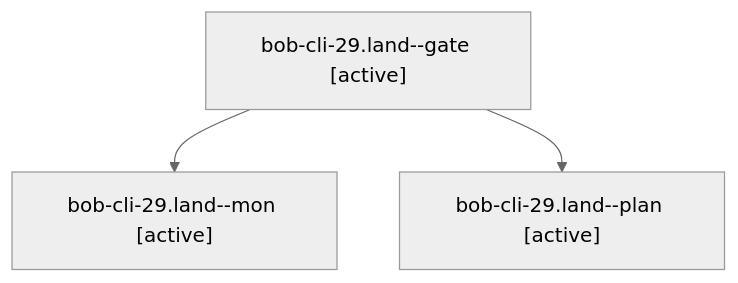
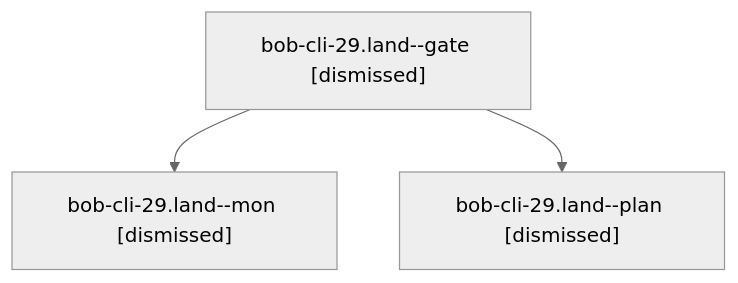
Before and after one commit to bobs-org/bob-cli--agents: the diagram in sessions/bbugyi200.apollo.bob-cli-29.land.md, drawn with Mermaid (neutral theme). The commit also changed other lines of this file and 83 other files, not shown here.

````diff
--- a/sessions/bbugyi200.apollo.bob-cli-29.land.md
+++ b/sessions/bbugyi200.apollo.bob-cli-29.land.md
@@ -9,8 +9,8 @@
 ```mermaid
 flowchart TD
-  n0["bob-cli-29.land--gate [active]"]
-  n1["bob-cli-29.land--mon [active]"]
+  n0["bob-cli-29.land--gate [dismissed]"]
+  n1["bob-cli-29.land--mon [dismissed]"]
   n0 --> n1
-  n2["bob-cli-29.land--plan [active]"]
+  n2["bob-cli-29.land--plan [dismissed]"]
   n0 --> n2
 ```
````
